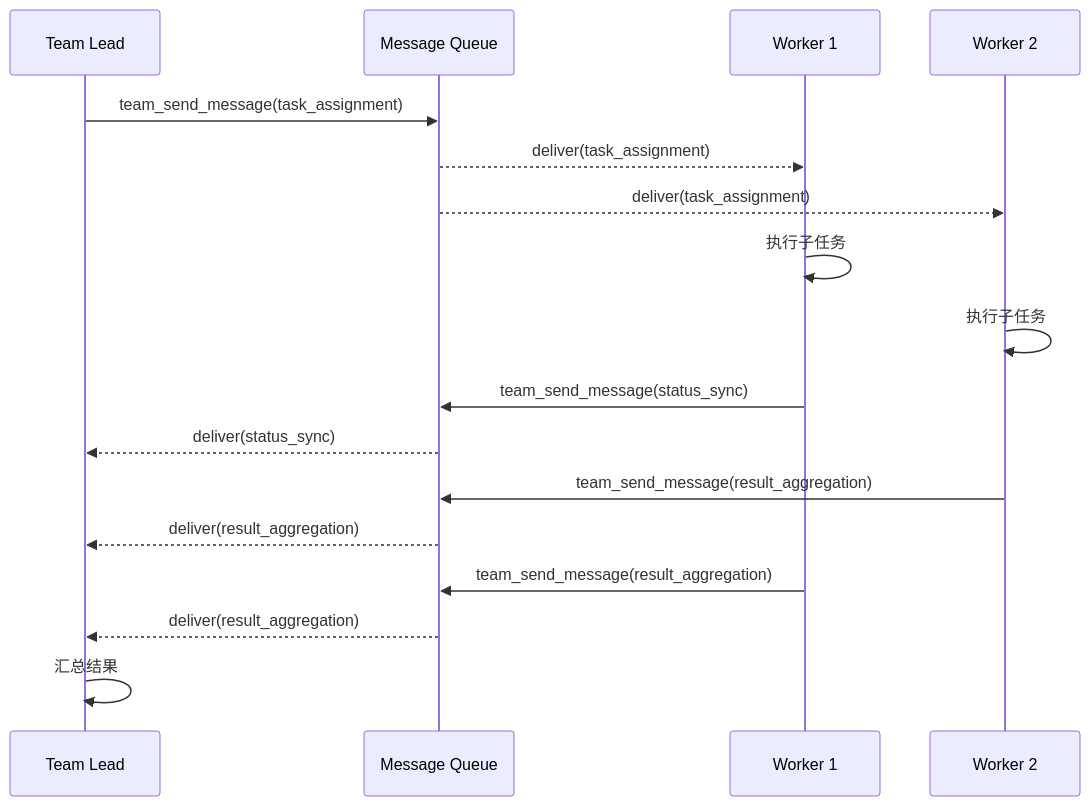
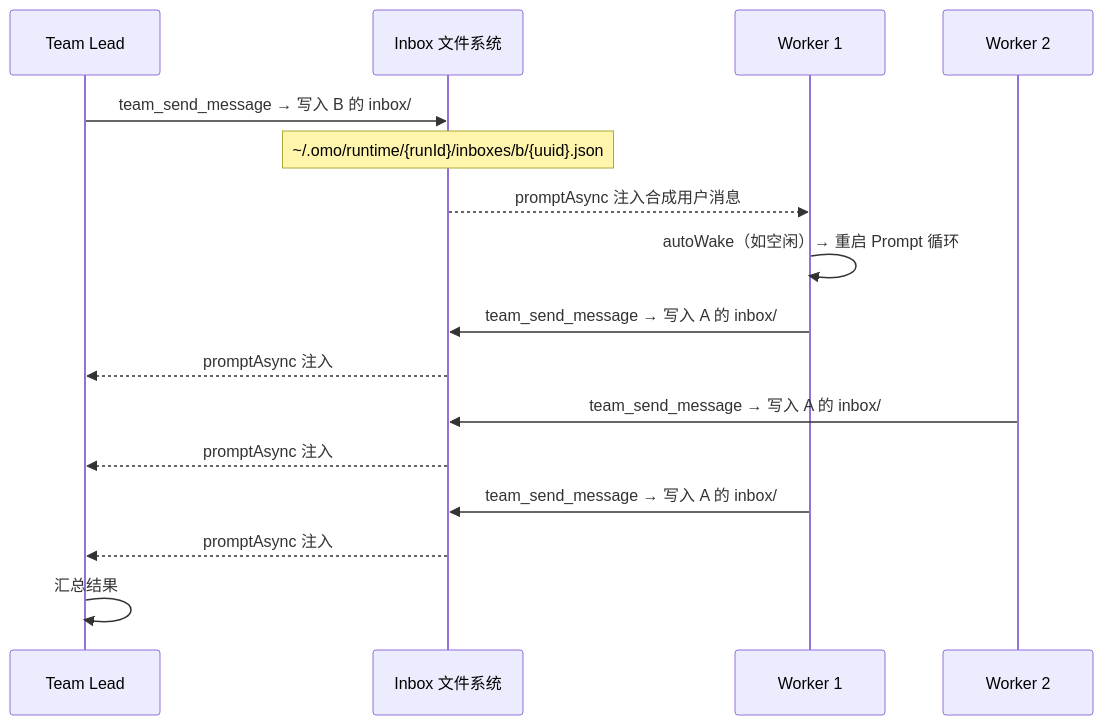
One commit to tonydeng/harness-engineering-from-oc-to-ai-coding changed the second of 10 diagrams in src/04-workflows/teams-collaboration.md. Above: the diagram before and after it, drawn with Mermaid. The commit also changed other lines of this file and 331 other files, not shown here.

````diff
--- a/src/04-workflows/teams-collaboration.md
+++ b/src/04-workflows/teams-collaboration.md
@@ -173,25 +170,23 @@
 ```mermaid
 sequenceDiagram
     participant A as Team Lead
-    participant Q as Message Queue
+    participant F as Inbox 文件系统
     participant B as Worker 1
     participant C as Worker 2
     
-    A->>Q: team_send_message(task_assignment)
-    Q-->>B: deliver(task_assignment)
-    Q-->>C: deliver(task_assignment)
+    A->>F: team_send_message → 写入 B 的 inbox/
+    Note over F: ~/.omo/runtime/{runId}/inboxes/b/{uuid}.json
+    F-->>B: promptAsync 注入合成用户消息
+    B->>B: autoWake（如空闲）→ 重启 Prompt 循环
     
-    B->>B: 执行子任务
-    C->>C: 执行子任务
+    B->>F: team_send_message → 写入 A 的 inbox/
+    F-->>A: promptAsync 注入
     
-    B->>Q: team_send_message(status_sync)
-    Q-->>A: deliver(status_sync)
+    C->>F: team_send_message → 写入 A 的 inbox/
+    F-->>A: promptAsync 注入
     
-    C->>Q: team_send_message(result_aggregation)
-    Q-->>A: deliver(result_aggregation)
-    
-    B->>Q: team_send_message(result_aggregation)
-    Q-->>A: deliver(result_aggregation)
+    B->>F: team_send_message → 写入 A 的 inbox/
+    F-->>A: promptAsync 注入
     
     A->>A: 汇总结果
 ```
````
